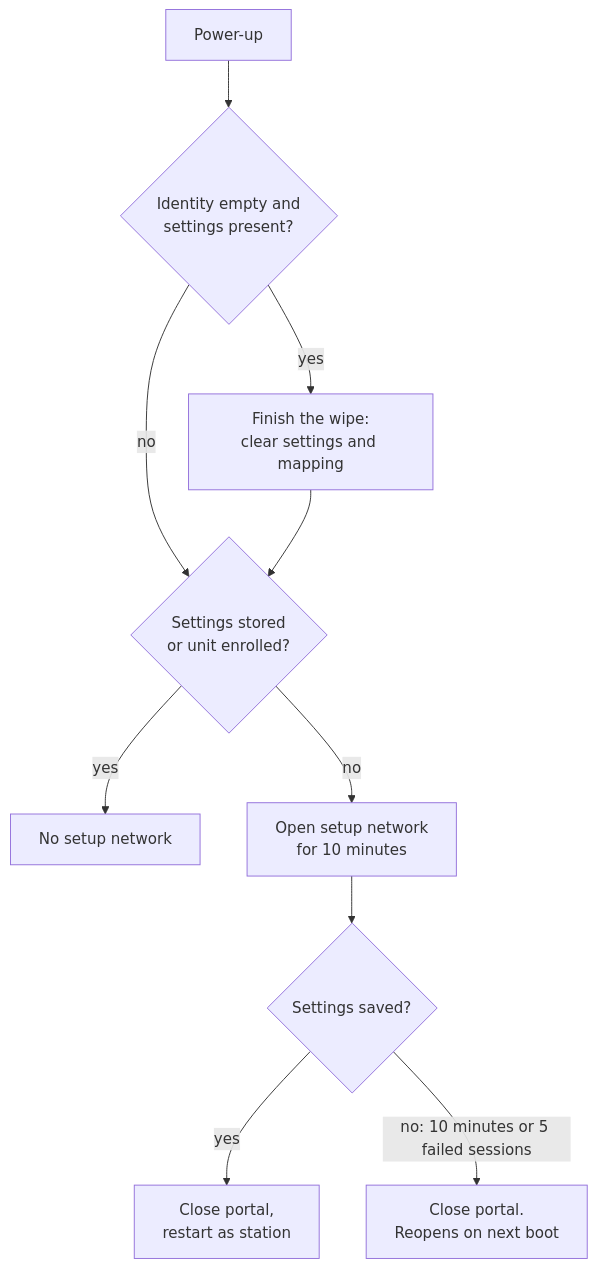
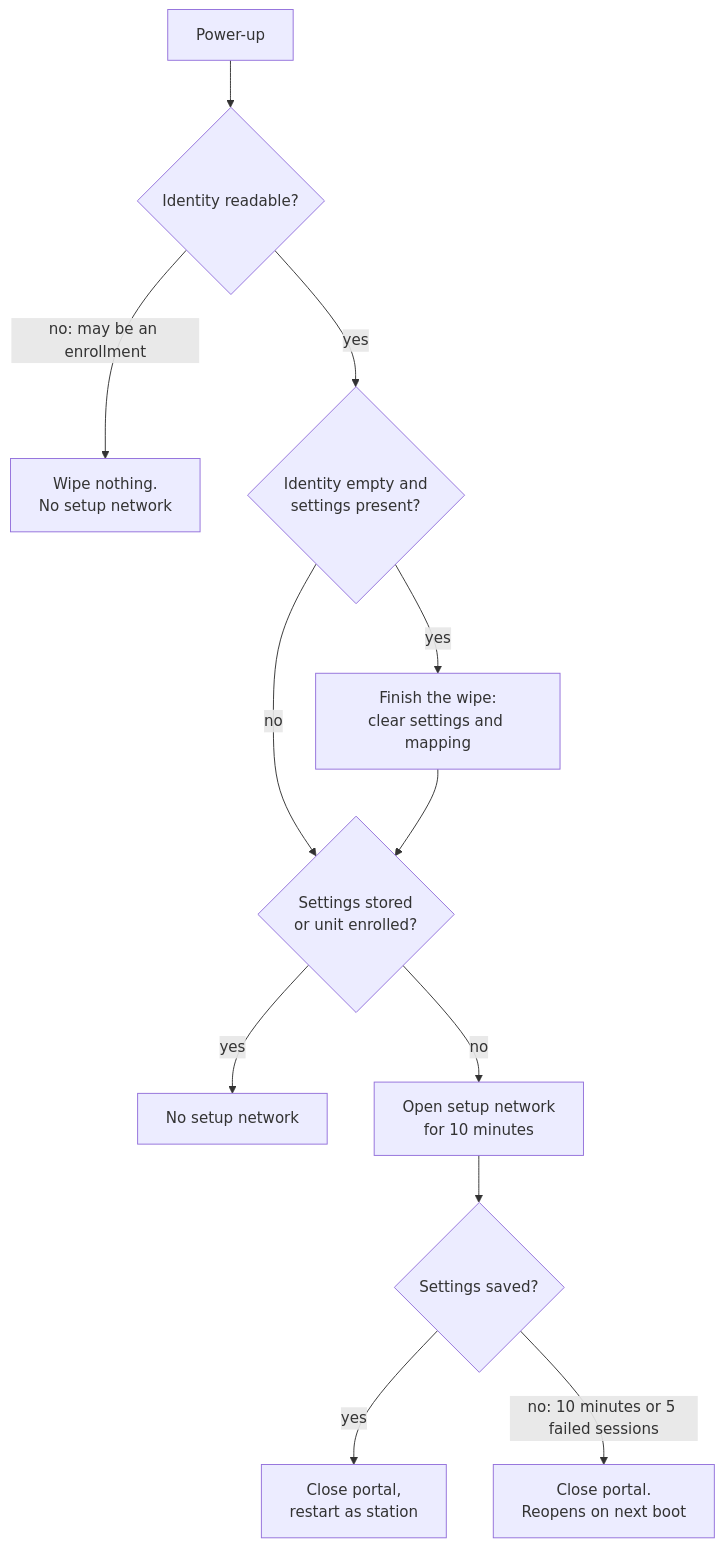
Before and after one commit to Open-Locker/Open-Locker: the second of 2 diagrams in website/src/content/docs/dokumentation/esp32-internals.md, drawn with Mermaid. The commit also changed other lines of this file and 6 other files, not shown here.

````diff
--- a/website/src/content/docs/dokumentation/esp32-internals.md
+++ b/website/src/content/docs/dokumentation/esp32-internals.md
@@ -300,12 +300,14 @@
 ```mermaid
 flowchart TD
-    A[Power-up] --> B{Identity empty and<br/>settings present?}
+    A[Power-up] --> R{Identity readable?}
+    R -- "no: may be an enrollment" --> S[Wipe nothing.<br/>No setup network]
+    R -- yes --> B{Identity empty and<br/>settings present?}
     B -- yes --> C[Finish the wipe:<br/>clear settings and mapping]
     B -- no --> D
     C --> D{Settings stored<br/>or unit enrolled?}
     D -- yes --> E[No setup network]
     D -- no --> F[Open setup network<br/>for 10 minutes]
     F --> G{Settings saved?}
     G -- yes --> H[Close portal,<br/>restart as station]
     G -- "no: 10 minutes or 5 failed sessions" --> I[Close portal.<br/>Reopens on next boot]
 ```
````
